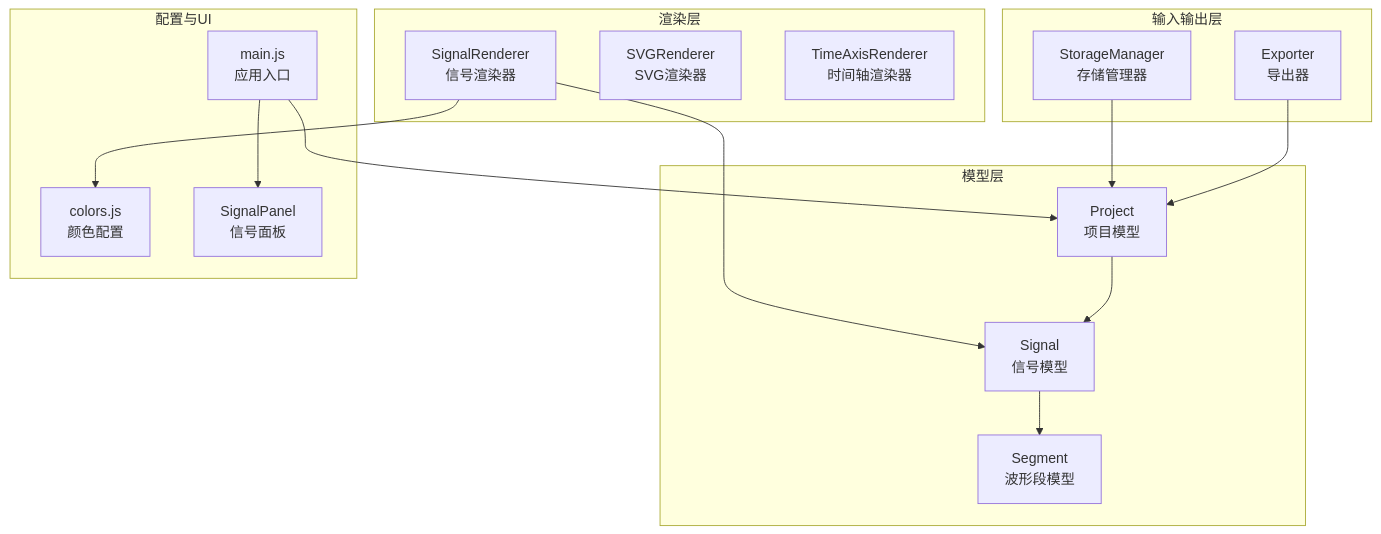
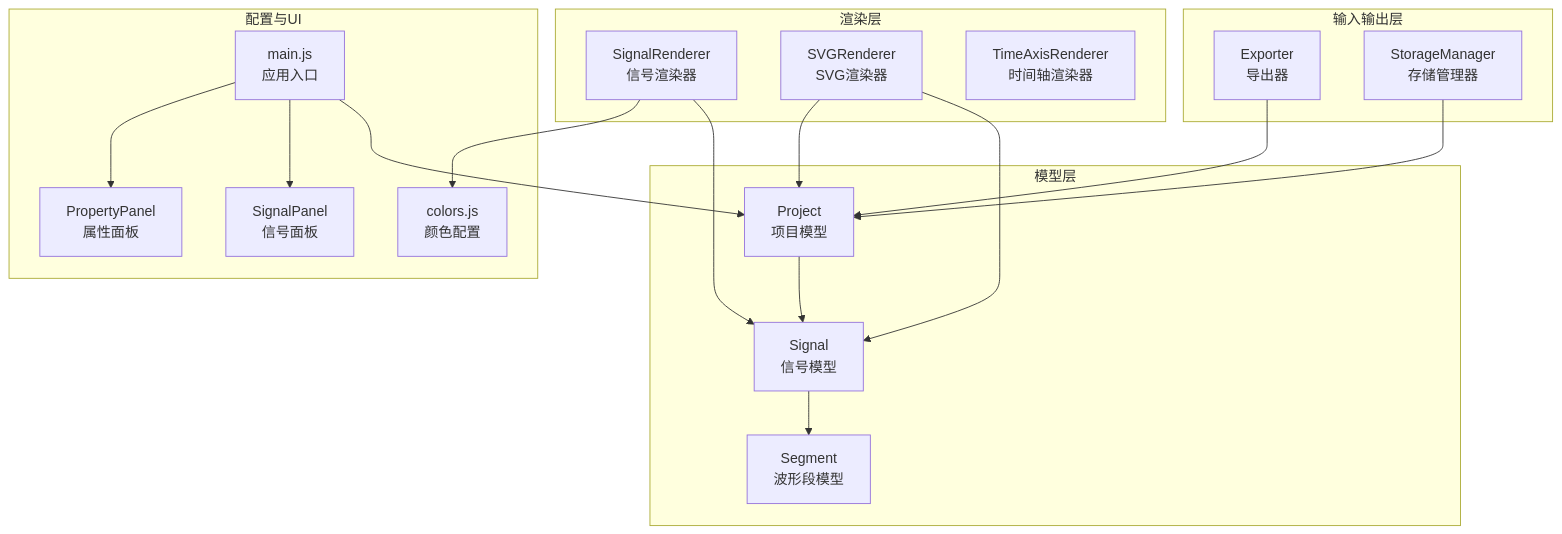
One commit to nht123456/waveform-editor changed the first of 8 diagrams in .qoder/repowiki/zh/content/数据模型系统/信号模型 (Signal).md. Above: the diagram before and after it, drawn with Mermaid. The commit also changed other lines of this file and 12 other files, not shown here.

````diff
--- a/.qoder/repowiki/zh/content/数据模型系统/信号模型 (Signal).md
+++ b/.qoder/repowiki/zh/content/数据模型系统/信号模型 (Signal).md
@@ -43,30 +52,34 @@
 ```mermaid
 graph TB
 subgraph "模型层"
 Signal["Signal<br/>信号模型"]
 Segment["Segment<br/>波形段模型"]
 Project["Project<br/>项目模型"]
 end
 subgraph "渲染层"
 SignalRenderer["SignalRenderer<br/>信号渲染器"]
 SVGRenderer["SVGRenderer<br/>SVG渲染器"]
 TimeAxisRenderer["TimeAxisRenderer<br/>时间轴渲染器"]
 end
 subgraph "输入输出层"
 Exporter["Exporter<br/>导出器"]
 StorageManager["StorageManager<br/>存储管理器"]
 end
 subgraph "配置与UI"
 Colors["colors.js<br/>颜色配置"]
 SignalPanel["SignalPanel<br/>信号面板"]
+PropertyPanel["PropertyPanel<br/>属性面板"]
 Main["main.js<br/>应用入口"]
 end
 Signal --> Segment
 Project --> Signal
 SignalRenderer --> Signal
 SignalRenderer --> Colors
+SVGRenderer --> Signal
+SVGRenderer --> Project
 Exporter --> Project
 StorageManager --> Project
 Main --> Project
 Main --> SignalPanel
+Main --> PropertyPanel
 ```
````
